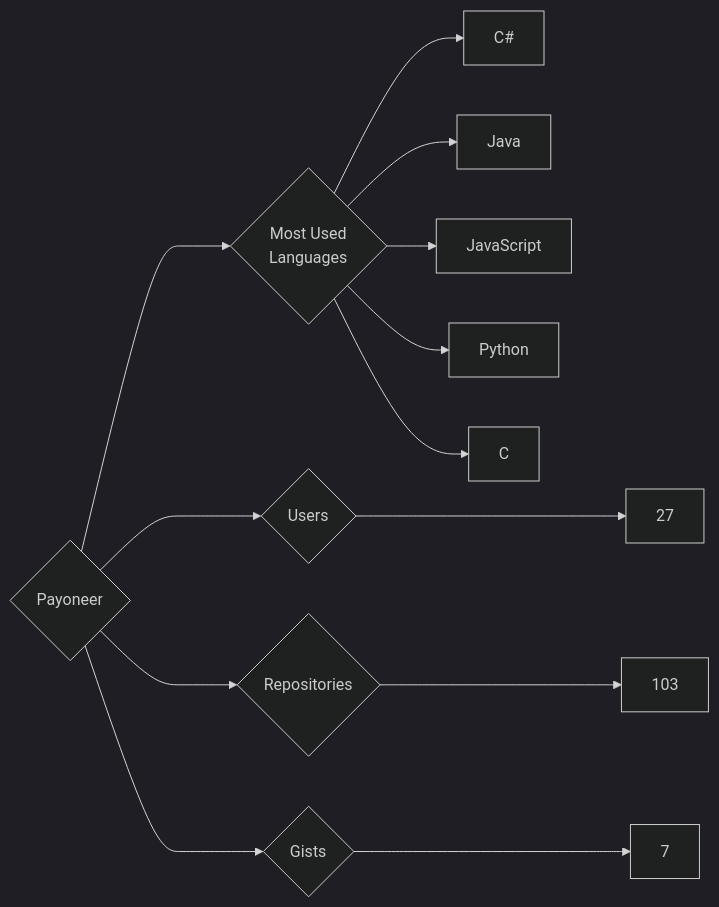
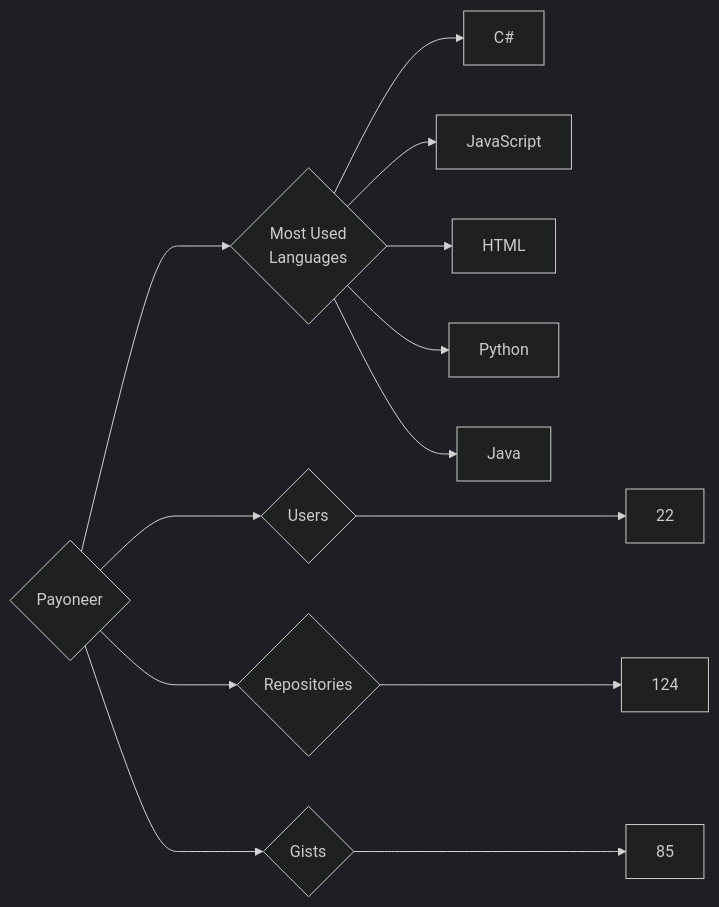
Before and after one commit to trickest/insiders: the diagram in targets/Payoneer/README.md, drawn with Mermaid (dark theme). The commit also changed 765 other files, not shown here.

````diff
--- a/targets/Payoneer/README.md
+++ b/targets/Payoneer/README.md
@@ -3,13 +3,13 @@
 ```mermaid
 graph LR
 COMPANY_NAME{Payoneer}
-COMPANY_NAME ---> U{Users} ---> UN[27]
-COMPANY_NAME ---> R{Repositories} ---> RN[103]
-COMPANY_NAME ---> G{Gists} ---> GN[7]
+COMPANY_NAME ---> U{Users} ---> UN[22]
+COMPANY_NAME ---> R{Repositories} ---> RN[124]
+COMPANY_NAME ---> G{Gists} ---> GN[85]
 COMPANY_NAME ---> ML{Most Used<br>Languages}
 ML --> C#[C#]
+ML --> JavaScript[JavaScript]
+ML --> HTML[HTML]
+ML --> Python[Python]
 ML --> Java[Java]
-ML --> JavaScript[JavaScript]
-ML --> Python[Python]
-ML --> C[C]
 ```
````
